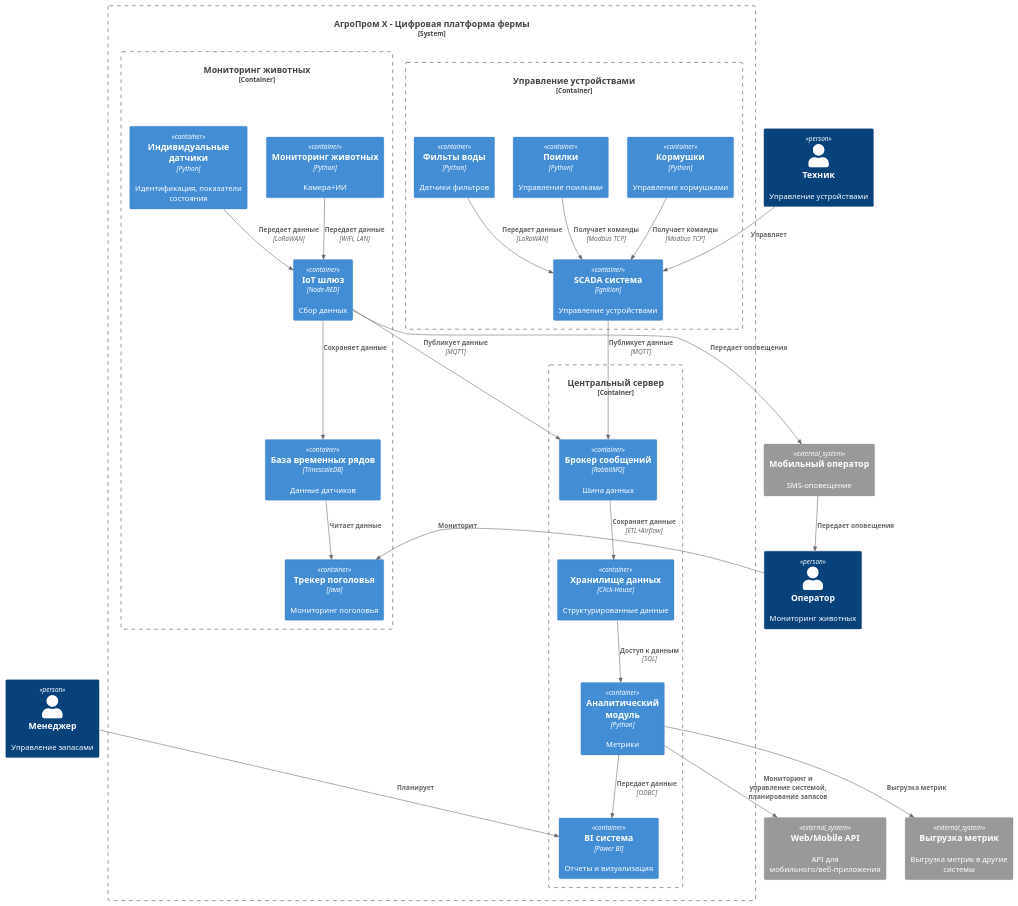
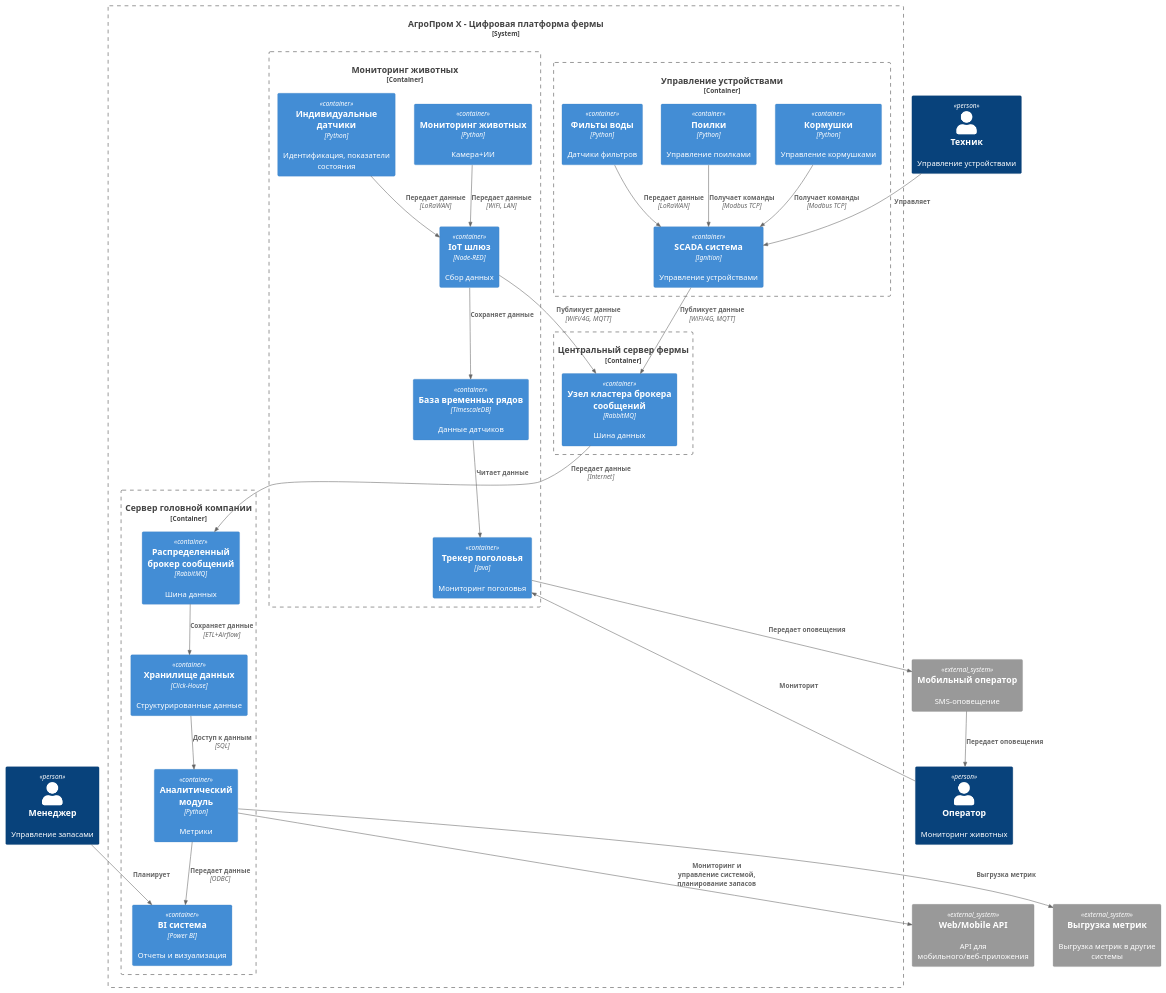
Before and after one commit to sgbhub/MSA-AgroTech: the diagram in Task2/С2_Диаграмма_контейнеров_v1.puml, drawn with PlantUML. The commit also changed 16 other files, not shown here.

```diff
--- a/Task2/С2_Диаграмма_контейнеров_v1.puml
+++ b/Task2/С2_Диаграмма_контейнеров_v1.puml
@@ -1,72 +1,76 @@
-@startuml Архитектура_АгроТех_Фермы_v1.0
+@startuml Архитектура_АгроТех_Фермы_v1.1
 
 !include ../C4/C4_Container.puml
 
 ' === Участники ===
 Person(оператор, "Оператор", "Мониторинг животных")
 Person(техник, "Техник", "Управление устройствами")
 Person(менеджер, "Менеджер", "Управление запасами")
 
-System_Boundary(платформа, "АгроПром Х - Цифровая платформа фермы") {
+System_Boundary(система, "АгроПром Х - Цифровая платформа фермы") {
 	Container_Boundary(устройства, "Управление устройствами") {
         Container(кормушки, "Кормушки", "Python", "Управление кормушками")
         Container(поилки, "Поилки", "Python", "Управление поилками")
         Container(фильтры, "Фильты воды", "Python", "Датчики фильтров")
 		Container(scada, "SCADA система", "Ignition", "Управление устройствами")
 	}
 
 	Container_Boundary(мониторинг, "Мониторинг животных") {
 		Container(видеомониторинг, "Мониторинг животных", "Python", "Камера+ИИ")
 		Container(поголовье, "Индивидуальные датчики", "Python", "Идентификация, показатели состояния")
 		Container(iot_шлюз, "IoT шлюз", "Node-RED", "Сбор данных")
 		Container(tsdb, "База временных рядов", "TimescaleDB", "Данные датчиков")
 		Container(мониторинг_поголовья, "Трекер поголовья", "Java", "Мониторинг поголовья")
 	}	
 	
+	Container_Boundary(сервер, "Центральный сервер фермы") {
+		Container(узел, "Узел кластера брокера сообщений", "RabbitMQ", "Шина данных")
+    }    
     
-	Container_Boundary(сервер, "Центральный сервер") {
-		Container(брокер, "Брокер сообщений", "RabbitMQ", "Шина данных")
+	Container_Boundary(платформа, "Сервер головной компании") {
+		Container(брокер, "Распределенный брокер сообщений", "RabbitMQ", "Шина данных")
 		Container(хранилище, "Хранилище данных", "Click-House", "Структурированные данные")
 		Container(метрики, "Аналитический модуль", "Python", "Метрики")
 		Container(bi, "BI система", "Power BI", "Отчеты и визуализация")
     }    
 	
 }
 System_Ext(опсос, "Мобильный оператор", "SMS-оповещение")
 System_Ext(web_api, "Web/Mobile API", "API для мобильного/веб-приложения")
 System_Ext(data_api, "Выгрузка метрик", "Выгрузка метрик в другие системы")
 
 ' === Взаимосвязи ===
 Rel(оператор, мониторинг_поголовья, "Мониторит")
 Rel(техник, scada, "Управляет")
 Rel(менеджер, bi, "Планирует")
 
 ' Мониторинг
 Rel(видеомониторинг, iot_шлюз, "Передает данные", "WiFi, LAN")
 Rel(поголовье, iot_шлюз, "Передает данные", "LoRaWAN")
 Rel(iot_шлюз, tsdb, "Сохраняет данные", "")
 Rel(tsdb, мониторинг_поголовья, "Читает данные", "")
 
 ' Устройства
 Rel(кормушки, scada, "Получает команды", "Modbus TCP")
 Rel(поилки, scada, "Получает команды", "Modbus TCP")
 Rel(фильтры, scada, "Передает данные", "LoRaWAN")
 
-' Брокер
-Rel(iot_шлюз, брокер, "Публикует данные", "MQTT")
-Rel(scada, брокер, "Публикует данные", "MQTT")
+' Узел брокера сообщений
+Rel(iot_шлюз, узел, "Публикует данные", "WiFi/4G, MQTT")
+Rel(scada, узел, "Публикует данные", "WiFi/4G, MQTT")
+Rel(узел, брокер, "Передает данные", "Internet" )
 
 ' Оповещение
-Rel(iot_шлюз, опсос, "Передает оповещения")
+Rel(мониторинг_поголовья, опсос, "Передает оповещения")
 Rel(опсос, оператор, "Передает оповещения")
 
 ' Сервер
 Rel(брокер, хранилище, "Сохраняет данные", "ETL+Airflow")
 Rel(хранилище, метрики, "Доступ к данным", "SQL")
 Rel(метрики, bi, "Передает данные", "ODBC")
 
 ' Интеграции
 Rel(метрики, web_api, "Мониторинг и управление сиcтемой, планирование запасов")
 Rel(метрики,data_api, "Выгрузка метрик")
 
 @enduml
```
